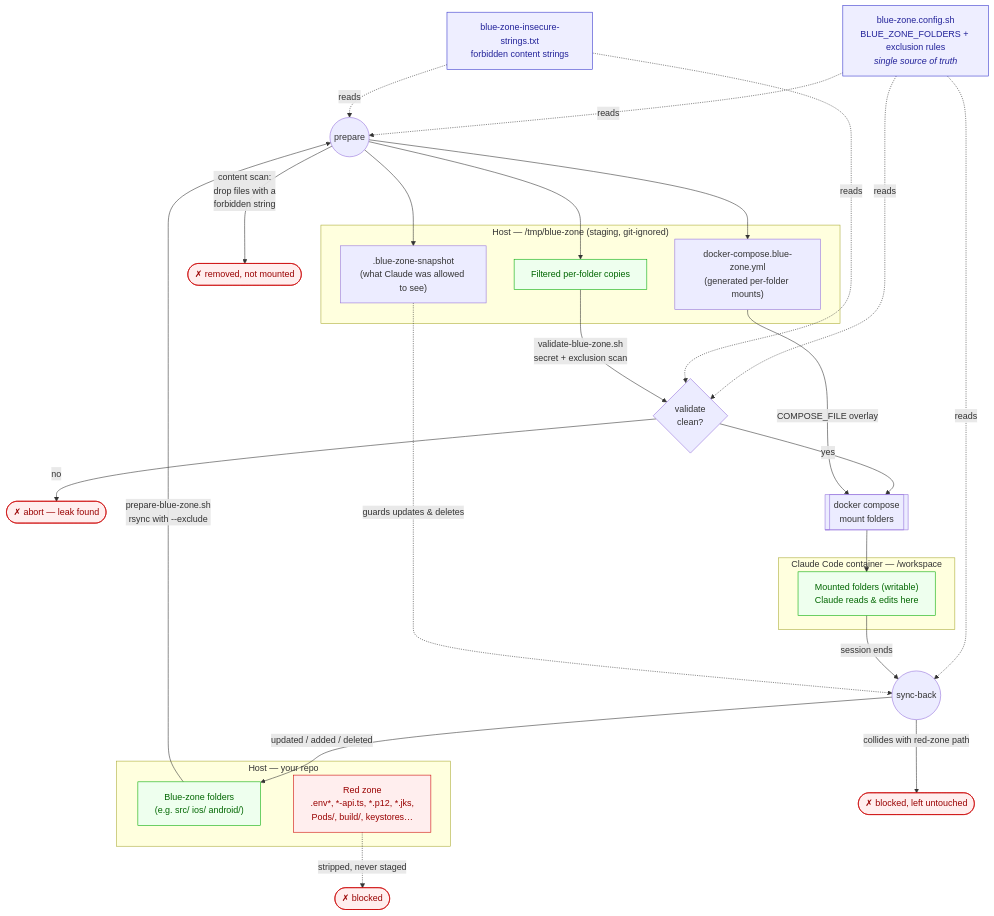
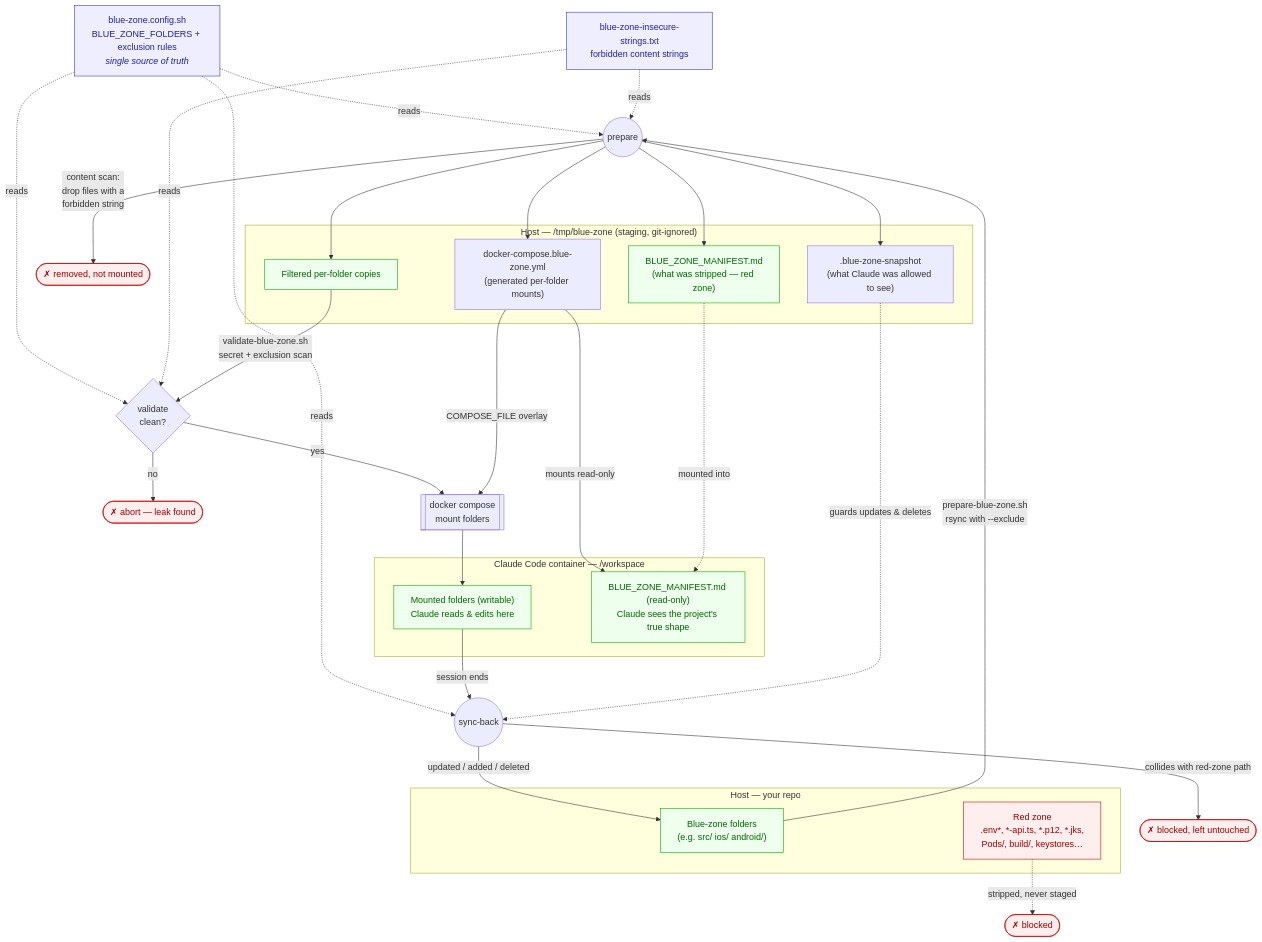
One commit to matviyiv/RedBlue changed the diagram in claude-docker/docs/blue-zone-flow.md. Above: the diagram before and after it, drawn with Mermaid. The commit also changed other lines of this file and 8 other files, not shown here.

First line of the commit message:
Generate and mount blue zone manifest into the Claude container

````diff
--- a/claude-docker/docs/blue-zone-flow.md
+++ b/claude-docker/docs/blue-zone-flow.md
@@ -9,53 +9,59 @@
 ```mermaid
 flowchart TD
     cfg["blue-zone.config.sh<br/>BLUE_ZONE_FOLDERS + exclusion rules<br/><i>single source of truth</i>"]
 
     subgraph host["Host — your repo"]
         blue["Blue-zone folders<br/>(e.g. src/ ios/ android/)"]
         red["Red zone<br/>.env*, *-api.ts, *.p12, *.jks,<br/>Pods/, build/, keystores…"]
     end
 
     subgraph stage["Host — /tmp/blue-zone (staging, git-ignored)"]
         staged["Filtered per-folder copies"]
         snap[".blue-zone-snapshot<br/>(what Claude was allowed to see)"]
+        manifest["BLUE_ZONE_MANIFEST.md<br/>(what was stripped — red zone)"]
         overlay["docker-compose.blue-zone.yml<br/>(generated per-folder mounts)"]
     end
 
     subgraph container["Claude Code container — /workspace"]
         ws["Mounted folders (writable)<br/>Claude reads & edits here"]
+        wsman["BLUE_ZONE_MANIFEST.md (read-only)<br/>Claude sees the project's true shape"]
     end
 
     deny["blue-zone-insecure-strings.txt<br/>forbidden content strings"]
 
     cfg -.->|reads| prep
     cfg -.->|reads| val
     cfg -.->|reads| sync
     deny -.->|reads| prep
     deny -.->|reads| val
 
     blue -->|"prepare-blue-zone.sh<br/>rsync with --exclude"| prep((prepare))
     red -.->|stripped, never staged| xred(["✗ blocked"])
     prep -->|"content scan:<br/>drop files with a<br/>forbidden string"| xdeny(["✗ removed, not mounted"])
     prep --> staged
     prep --> snap
+    prep --> manifest
     prep --> overlay
+
+    overlay -->|"mounts read-only"| wsman
+    manifest -.->|mounted into| wsman
 
     staged -->|"validate-blue-zone.sh<br/>secret + exclusion scan"| val{validate<br/>clean?}
     val -->|no| stop(["✗ abort — leak found"])
     val -->|yes| mount
 
     overlay -->|"COMPOSE_FILE overlay"| mount[["docker compose<br/>mount folders"]]
     mount --> ws
 
     ws -->|"session ends"| sync((sync-back))
     snap -.->|"guards updates & deletes"| sync
     sync -->|"updated / added / deleted"| blue
     sync -->|"collides with red-zone path"| xblock(["✗ blocked, left untouched"])
 
     classDef danger fill:#fee,stroke:#c00,color:#900;
     classDef safe fill:#efe,stroke:#0a0,color:#060;
     classDef cfgcls fill:#eef,stroke:#33c,color:#229;
     class red,xred,stop,xblock,xdeny danger;
-    class blue,staged,ws safe;
+    class blue,staged,ws,manifest,wsman safe;
     class cfg,deny cfgcls;
 ```
````
